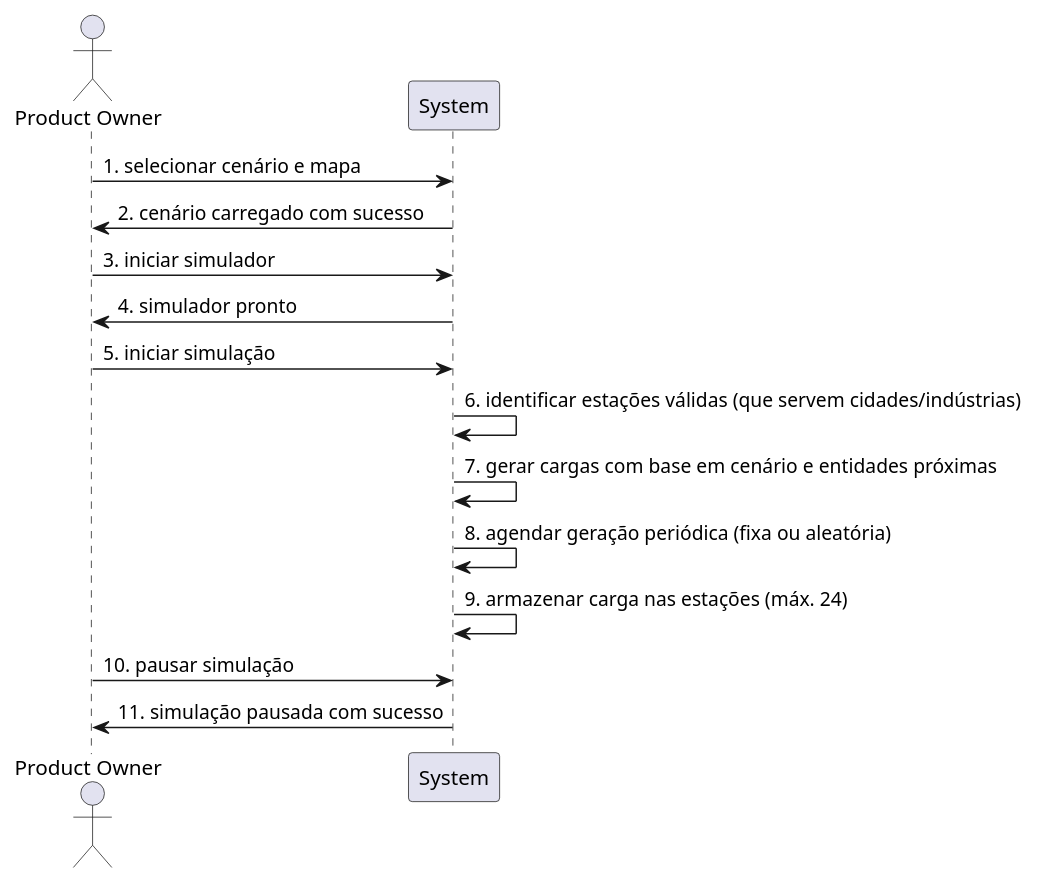
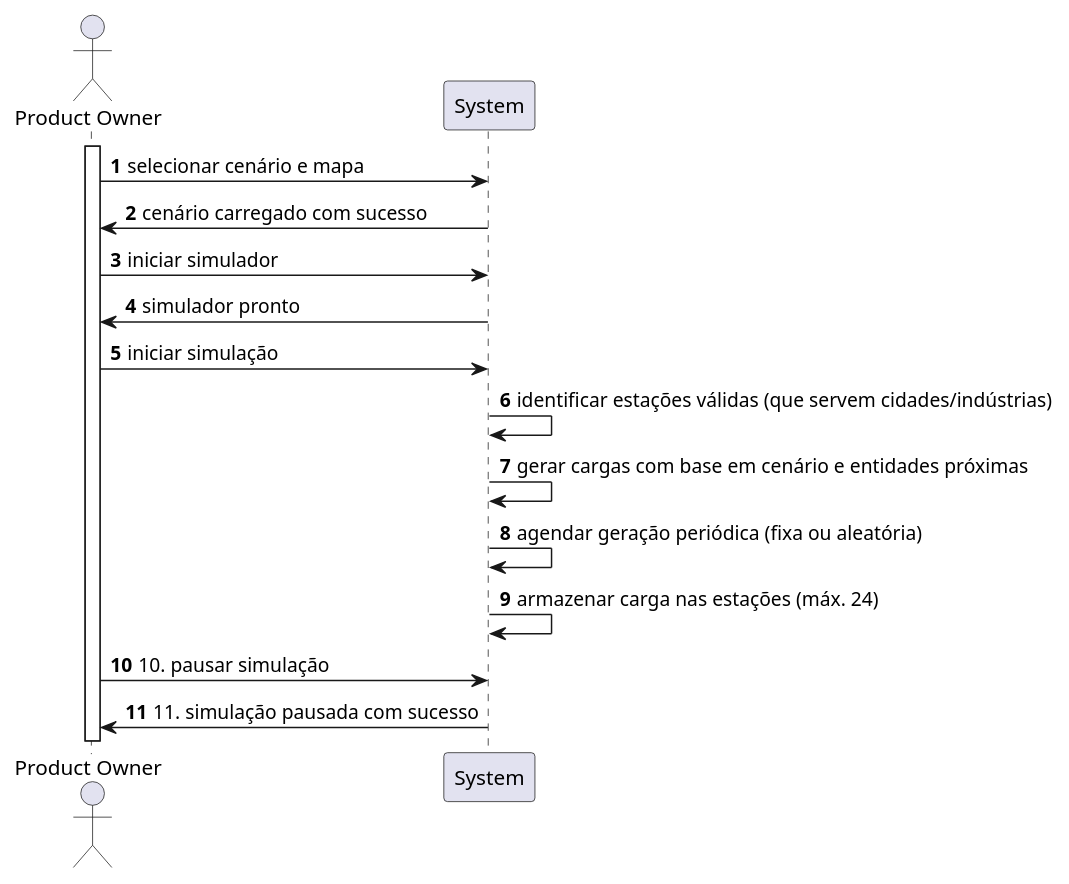
The diagram in docs/system-documentation/US12/01.requirements-engineering.us12/puml/us12Diagram.puml (Andremonteiro1240850/railway_simulator), drawn with PlantUML before and after one commit. The commit also changed 19 other files, not shown here.

```diff
--- a/docs/system-documentation/US12/01.requirements-engineering.us12/puml/us12Diagram.puml
+++ b/docs/system-documentation/US12/01.requirements-engineering.us12/puml/us12Diagram.puml
@@ -1,23 +1,25 @@
 @startuml
 actor "Product Owner" as PO
 participant System
 
+activate PO
 
+autonumber
 
-PO -> System : 1. selecionar cenário e mapa
-System -> PO : 2. cenário carregado com sucesso
+PO -> System :  selecionar cenário e mapa
+System -> PO :  cenário carregado com sucesso
 
-PO -> System : 3. iniciar simulador
-System -> PO : 4. simulador pronto
+PO -> System :  iniciar simulador
+System -> PO :  simulador pronto
 
-PO -> System : 5. iniciar simulação
+PO -> System :  iniciar simulação
 
-System -> System : 6. identificar estações válidas (que servem cidades/indústrias)
-System -> System : 7. gerar cargas com base em cenário e entidades próximas
-System -> System : 8. agendar geração periódica (fixa ou aleatória)
-System -> System : 9. armazenar carga nas estações (máx. 24)
+System -> System :  identificar estações válidas (que servem cidades/indústrias)
+System -> System :  gerar cargas com base em cenário e entidades próximas
+System -> System :  agendar geração periódica (fixa ou aleatória)
+System -> System :  armazenar carga nas estações (máx. 24)
 
 
 PO -> System : 10. pausar simulação
 System -> PO : 11. simulação pausada com sucesso
 @enduml
```
